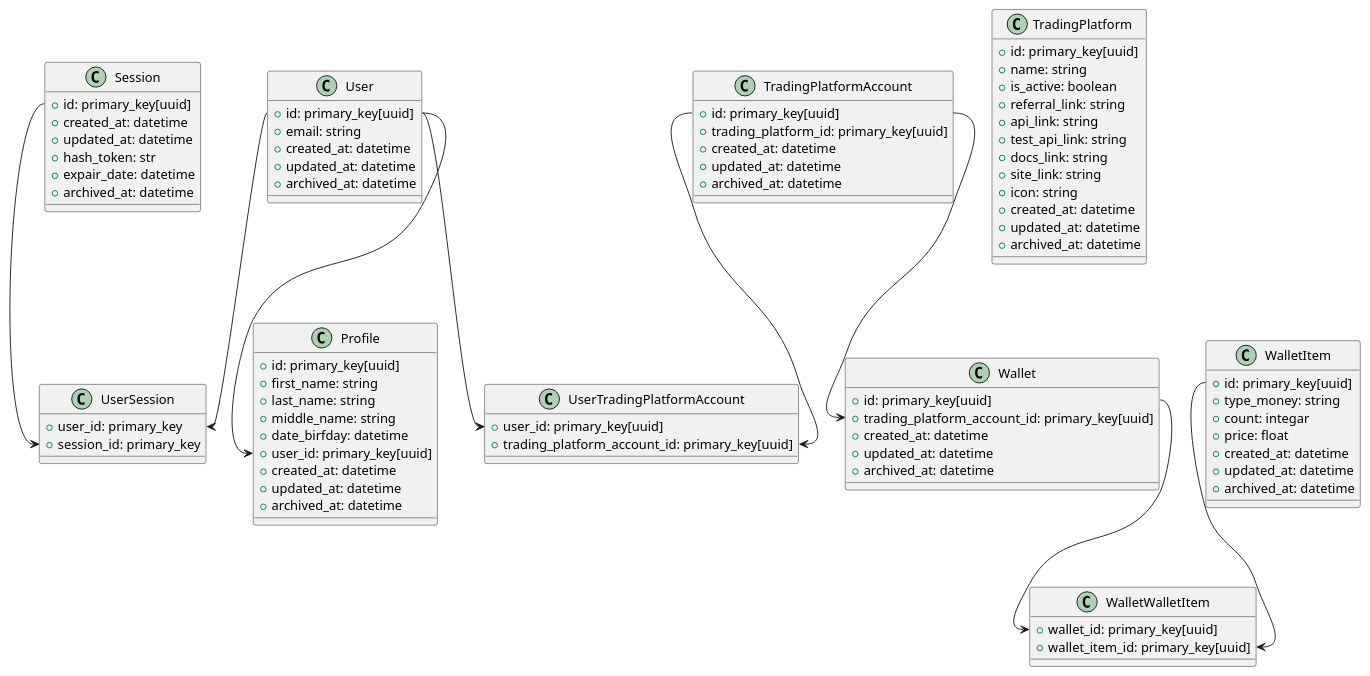
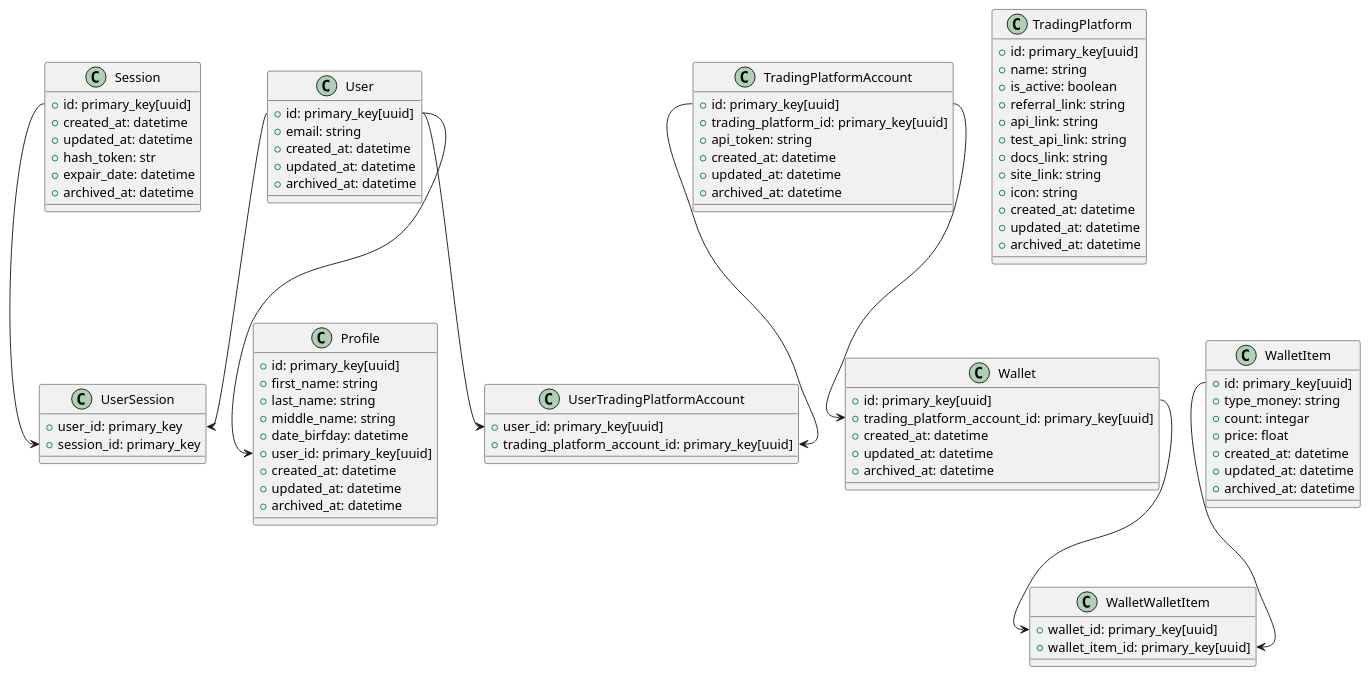
One commit to Nikolaj9596/HostingTredingBotsCS changed the diagram in diagrams/UserModuleDBArchitecture.puml. Above: the diagram before and after it, drawn with PlantUML. The commit also changed 3 other files, not shown here.

```diff
--- a/diagrams/UserModuleDBArchitecture.puml
+++ b/diagrams/UserModuleDBArchitecture.puml
@@ -1,96 +1,97 @@
 @startuml
 
 class User {
   + id: primary_key[uuid]
   + email: string
   + created_at: datetime 
   + updated_at: datetime 
   + archived_at: datetime
 }
 
 class Session {
   + id: primary_key[uuid]
   + created_at: datetime 
   + updated_at: datetime 
   + hash_token: str
   + expair_date: datetime
   + archived_at: datetime
 }
 
 class UserSession {
   + user_id: primary_key
   + session_id: primary_key
 }
 
 class Profile {
   + id: primary_key[uuid]
   + first_name: string
   + last_name: string
   + middle_name: string
   + date_birfday: datetime
   + user_id: primary_key[uuid]
   + created_at: datetime 
   + updated_at: datetime 
   + archived_at: datetime
 }
 
 class TradingPlatform {
   + id: primary_key[uuid]
   + name: string
   + is_active: boolean 
   + referral_link: string
   + api_link: string
   + test_api_link: string
   + docs_link: string
   + site_link: string
   + icon: string
   + created_at: datetime 
   + updated_at: datetime 
   + archived_at: datetime
 }
 
 class TradingPlatformAccount {
   + id: primary_key[uuid]
   + trading_platform_id: primary_key[uuid]
+  + api_token: string
   + created_at: datetime 
   + updated_at: datetime 
   + archived_at: datetime
 }
 
 class UserTradingPlatformAccount{
   + user_id: primary_key[uuid]
   + trading_platform_account_id: primary_key[uuid] 
 }
 
 class Wallet{
   + id: primary_key[uuid]
   + trading_platform_account_id: primary_key[uuid] 
   + created_at: datetime 
   + updated_at: datetime 
   + archived_at: datetime
 }
 
 class WalletItem{
   + id: primary_key[uuid]
   + type_money: string
   + count: integar
   + price: float
   + created_at: datetime 
   + updated_at: datetime 
   + archived_at: datetime
 }
 
 class WalletWalletItem{
   + wallet_id: primary_key[uuid]
   + wallet_item_id: primary_key[uuid]
 }
 
 User::id --> UserSession::user_id
 User::id --> UserTradingPlatformAccount::user_id
 User::id --> Profile::user_id
 TradingPlatformAccount::id --> UserTradingPlatformAccount::trading_platform_account_id
 TradingPlatformAccount::id --> Wallet::trading_platform_account_id
 Session::id --> UserSession::session_id
 Wallet::id --> WalletWalletItem::wallet_id
 WalletItem::id --> WalletWalletItem::wallet_item_id
 @enduml
```
